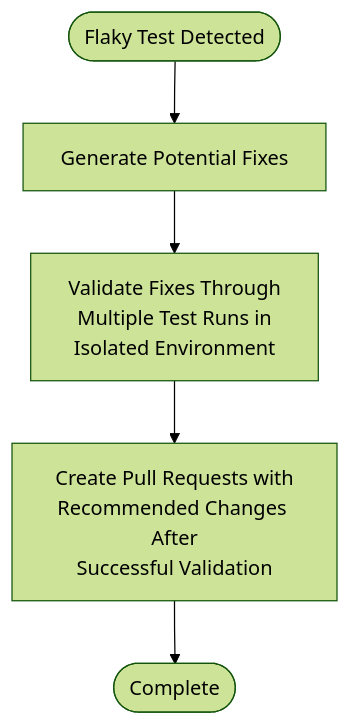
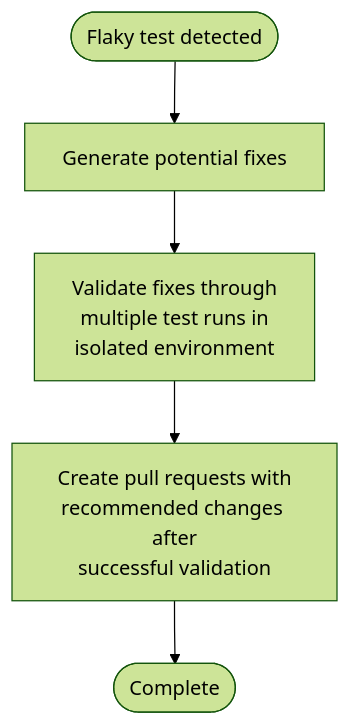
Before and after one commit to circleci/circleci-docs: the diagram in docs/guides/modules/test/pages/fix-flaky-tests.adoc, drawn with Mermaid (forest theme). The commit also changed other lines of this file, not shown here.

Commit message:
change from review

```diff
--- a/docs/guides/modules/test/pages/fix-flaky-tests.adoc
+++ b/docs/guides/modules/test/pages/fix-flaky-tests.adoc
@@ -25,8 +25,8 @@
 [mermaid]
 ----
 flowchart TD
-    Start([Flaky Test Detected]) --> Generate[Generate Potential Fixes]
-    Generate --> Validate[Validate Fixes Through<br/>Multiple Test Runs in<br/>Isolated Environment]
-    Validate --> CreatePR[Create Pull Requests with<br/>Recommended Changes After<br/>Successful Validation]
+    Start([Flaky test detected]) --> Generate[Generate potential fixes]
+    Generate --> Validate[Validate fixes through<br/>multiple test runs in<br/>isolated environment]
+    Validate --> CreatePR[Create pull requests with<br/>recommended changes after<br/>successful validation]
     CreatePR --> End([Complete])
 ----
```
